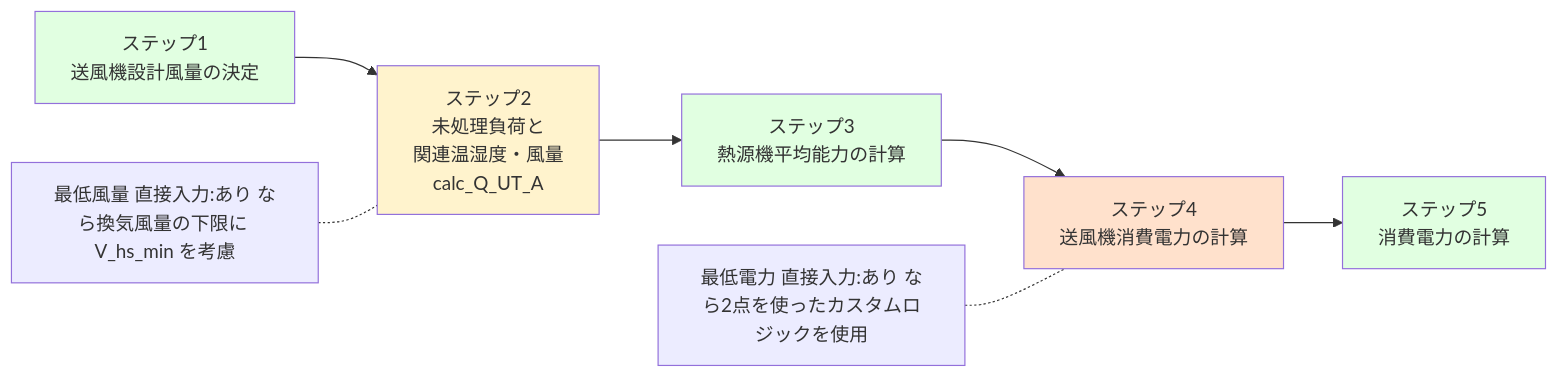
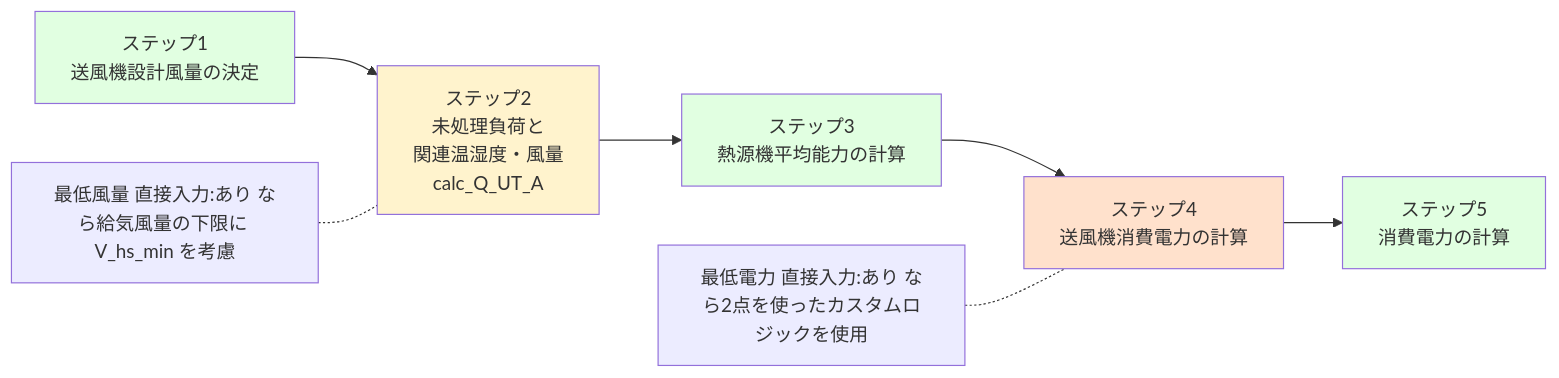
One commit to iguchi-lab/Verification-Platform-Next changed the second of 5 diagrams in docs/最低風量_最低電力_直接入力.md. Above: the diagram before and after it, drawn with Mermaid. The commit also changed other lines of this file, not shown here.

````diff
--- a/docs/最低風量_最低電力_直接入力.md
+++ b/docs/最低風量_最低電力_直接入力.md
@@ -99,23 +107,23 @@
 ```mermaid
 flowchart LR
 
 Step1[ステップ1<br/>送風機設計風量の決定]
 Step2[ステップ2<br/>未処理負荷と<br/>関連温湿度・風量<br/>calc_Q_UT_A]
 Step3[ステップ3<br/>熱源機平均能力の計算]
 Step4[ステップ4<br/>送風機消費電力の計算]
 Step5[ステップ5<br/>消費電力の計算]
 
 Step1 --> Step2 --> Step3 --> Step4 --> Step5
 
-note2["最低風量 直接入力:あり なら換気風量の下限に V_hs_min を考慮"]
+note2["最低風量 直接入力:あり なら給気風量の下限に V_hs_min を考慮"]
 note4["最低電力 直接入力:あり なら2点を使ったカスタムロジックを使用"]
 
 note2 -.- Step2
 note4 -.- Step4
 
 style Step2 fill:#fff3cd
 style Step4 fill:#ffe1cc
 style Step1 fill:#e1ffe1
 style Step3 fill:#e1ffe1
 style Step5 fill:#e1ffe1
 ```
````
